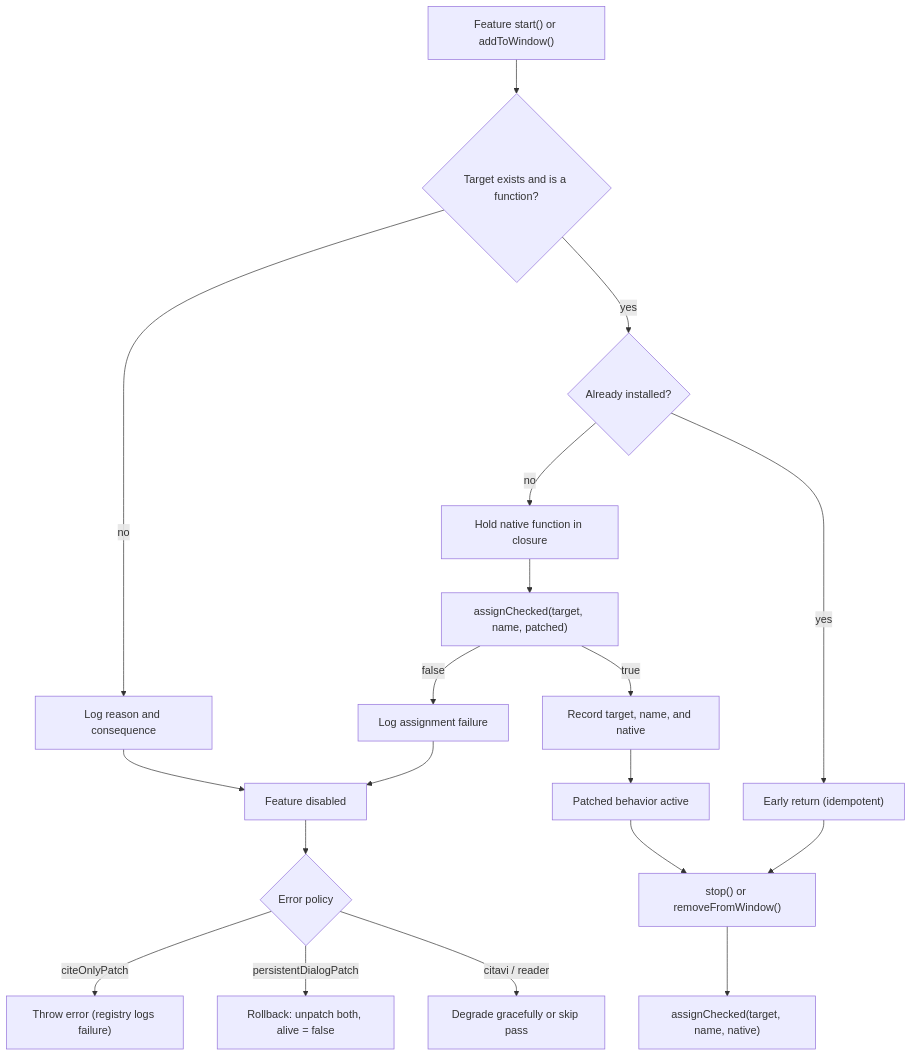
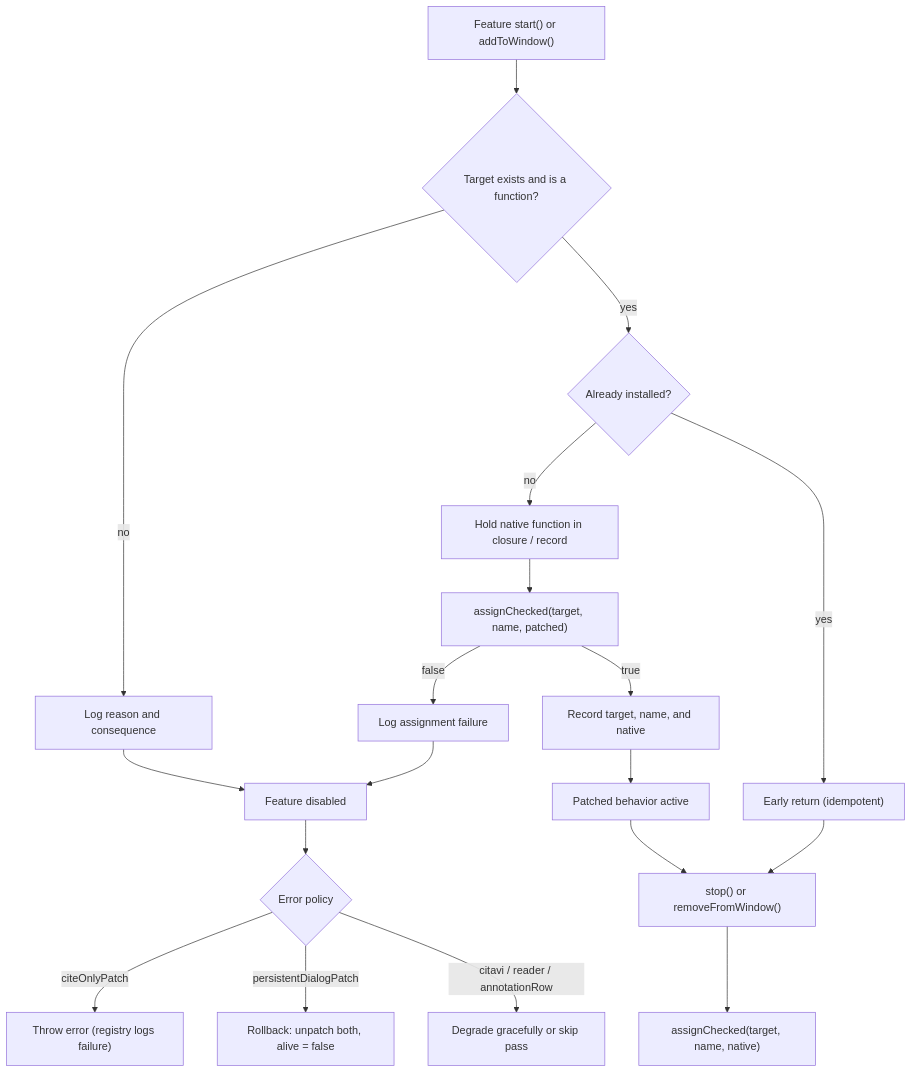
One commit to justanotherjurastudent/zotero_FlexAnnotate changed the first of 3 diagrams in openwiki/architecture/patching.md. Above: the diagram before and after it, drawn with Mermaid. The commit also changed other lines of this file and 28 other files, not shown here.

````diff
--- a/openwiki/architecture/patching.md
+++ b/openwiki/architecture/patching.md
@@ -95,21 +123,21 @@
 ```mermaid
 flowchart TD
     S["Feature start() or addToWindow()"] --> T{"Target exists and is a function?"}
     T -- "no" --> L1["Log reason and consequence"]
     T -- "yes" --> G{"Already installed?"}
     G -- "yes" --> OK2["Early return (idempotent)"]
-    G -- "no" --> W["Hold native function in closure"]
+    G -- "no" --> W["Hold native function in closure / record"]
     W --> AC["assignChecked(target, name, patched)"]
     AC -- "true" --> OK["Record target, name, and native"]
     AC -- "false" --> L2["Log assignment failure"]
     L1 --> OFF["Feature disabled"]
     L2 --> OFF
     OFF --> POL{"Error policy"}
     POL -- "citeOnlyPatch" --> THR["Throw error (registry logs failure)"]
     POL -- "persistentDialogPatch" --> RB["Rollback: unpatch both, alive = false"]
-    POL -- "citavi / reader" --> DEG["Degrade gracefully or skip pass"]
+    POL -- "citavi / reader / annotationRow" --> DEG["Degrade gracefully or skip pass"]
     OK --> RUN["Patched behavior active"]
     RUN --> ST["stop() or removeFromWindow()"]
     ST --> RE["assignChecked(target, name, native)"]
     OK2 --> ST
 ```
````
